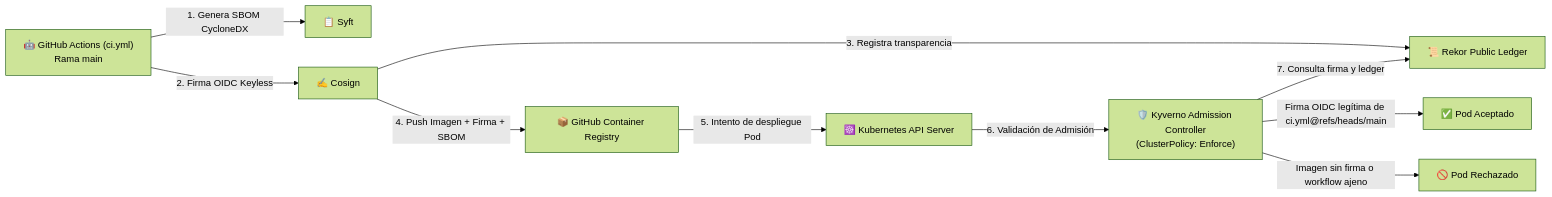
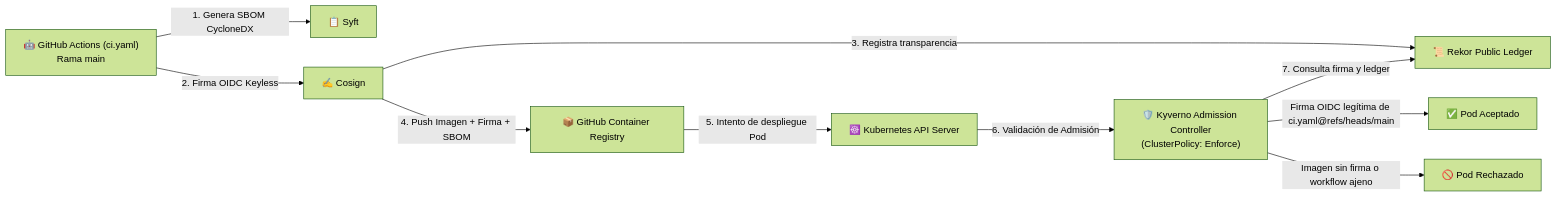
The second of 2 diagrams in docs/architecture/SECURITY_AND_NETWORK_ISOLATION.md (rocapellino/pokedex), drawn with Mermaid (forest theme) before and after one commit. The commit also changed 24 other files, not shown here.

````diff
--- a/docs/architecture/SECURITY_AND_NETWORK_ISOLATION.md
+++ b/docs/architecture/SECURITY_AND_NETWORK_ISOLATION.md
@@ -186,13 +186,13 @@
 ```mermaid
 flowchart LR
-    GH_ACTIONS["🤖 GitHub Actions (ci.yml)\nRama main"] -->|1. Genera SBOM CycloneDX| SYFT["📋 Syft"]
+    GH_ACTIONS["🤖 GitHub Actions (ci.yaml)\nRama main"] -->|1. Genera SBOM CycloneDX| SYFT["📋 Syft"]
     GH_ACTIONS -->|2. Firma OIDC Keyless| COSIGN["✍️ Cosign"]
     COSIGN -->|3. Registra transparencia| REKOR["📜 Rekor Public Ledger"]
     COSIGN -->|4. Push Imagen + Firma + SBOM| GHCR["📦 GitHub Container Registry"]
 
     GHCR -->|5. Intento de despliegue Pod| K8S_API["☸️ Kubernetes API Server"]
     K8S_API -->|6. Validación de Admisión| KYVERNO["🛡️ Kyverno Admission Controller\n(ClusterPolicy: Enforce)"]
     KYVERNO -->|7. Consulta firma y ledger| REKOR
-    KYVERNO -->|Firma OIDC legítima de ci.yml@refs/heads/main| ADMIT["✅ Pod Aceptado"]
+    KYVERNO -->|Firma OIDC legítima de ci.yaml@refs/heads/main| ADMIT["✅ Pod Aceptado"]
     KYVERNO -->|Imagen sin firma o workflow ajeno| REJECT["🚫 Pod Rechazado"]
 ```
````
